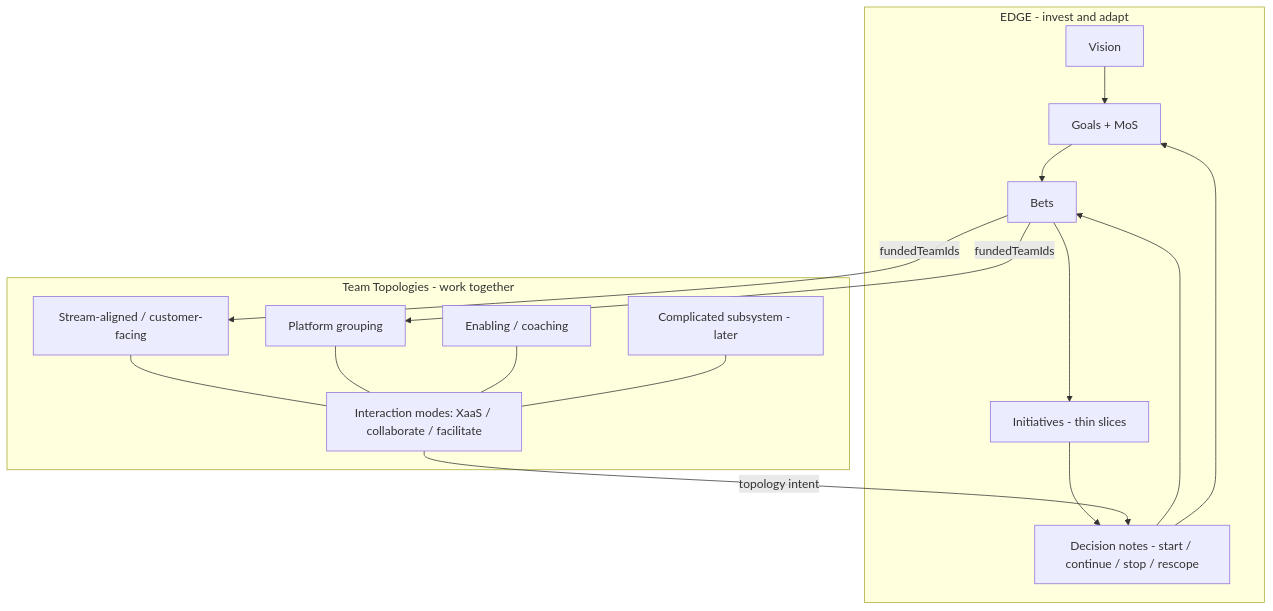
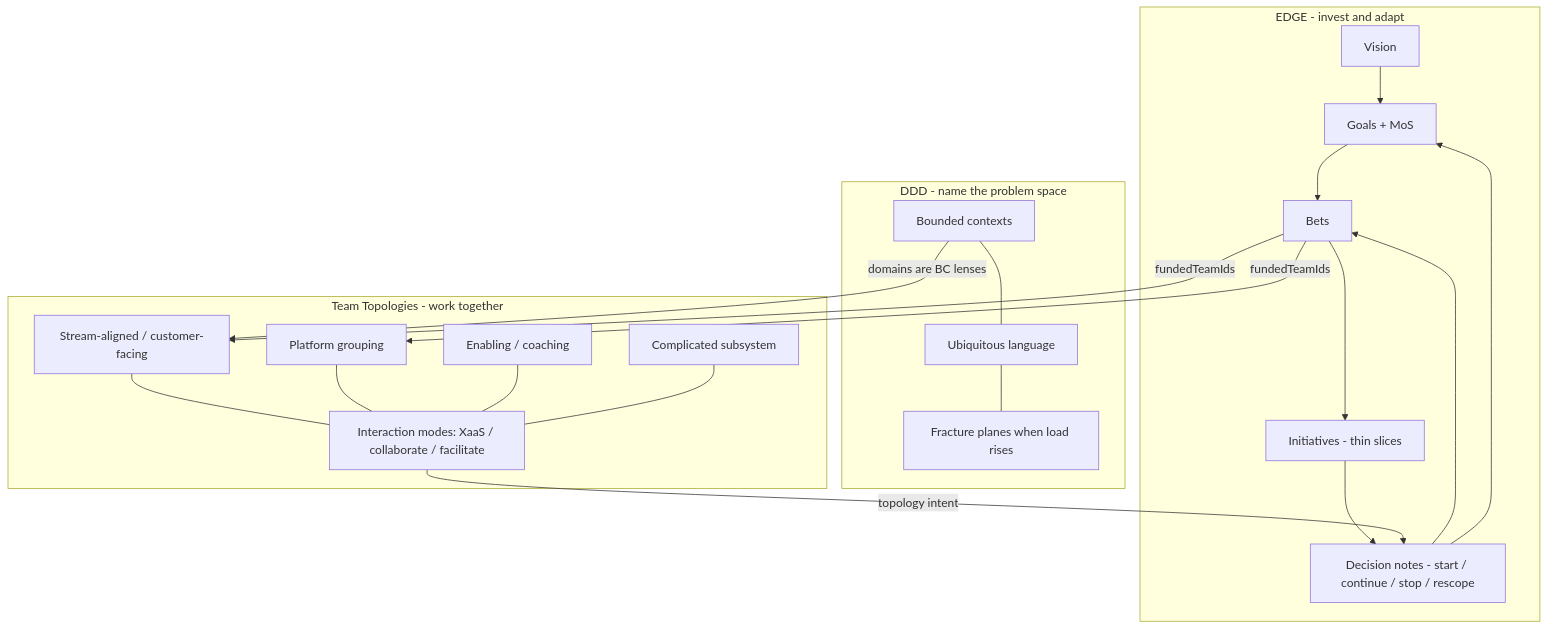
The first of 2 diagrams in plan/docs/OPERATING_MODEL_ALIGNMENT.md (mzworthington/steerco), drawn with Mermaid before and after one commit. The commit also changed other lines of this file and 22 other files, not shown here.

First line of the commit message:
feat: coplanar domain/stream/team lenses and team-size load signals (#12)

````diff
--- a/plan/docs/OPERATING_MODEL_ALIGNMENT.md
+++ b/plan/docs/OPERATING_MODEL_ALIGNMENT.md
@@ -48,30 +59,39 @@
 ```mermaid
 flowchart TB
   subgraph edge [EDGE - invest and adapt]
     vision[Vision]
     goals[Goals + MoS]
     bets[Bets]
     initiatives[Initiatives - thin slices]
     decide[Decision notes - start / continue / stop / rescope]
     vision --> goals --> bets --> initiatives
     initiatives --> decide
     decide --> bets
     decide --> goals
   end
 
+  subgraph ddd [DDD - name the problem space]
+    bc[Bounded contexts]
+    ul[Ubiquitous language]
+    fracture[Fracture planes when load rises]
+    bc --- ul
+    ul --- fracture
+  end
+
   subgraph tt [Team Topologies - work together]
     stream[Stream-aligned / customer-facing]
     platform[Platform grouping]
     enabling[Enabling / coaching]
-    subsystem[Complicated subsystem - later]
+    subsystem[Complicated subsystem]
     modes[Interaction modes: XaaS / collaborate / facilitate]
     stream --- modes
     platform --- modes
     enabling --- modes
     subsystem --- modes
   end
 
+  bc -->|domains are BC lenses| stream
   bets -->|fundedTeamIds| stream
   bets -->|fundedTeamIds| platform
   modes -->|topology intent| decide
 ```
````
